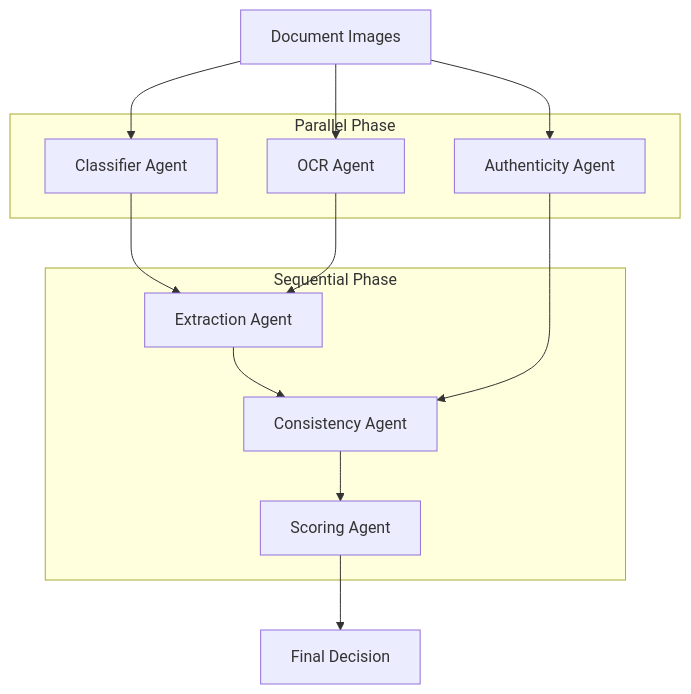
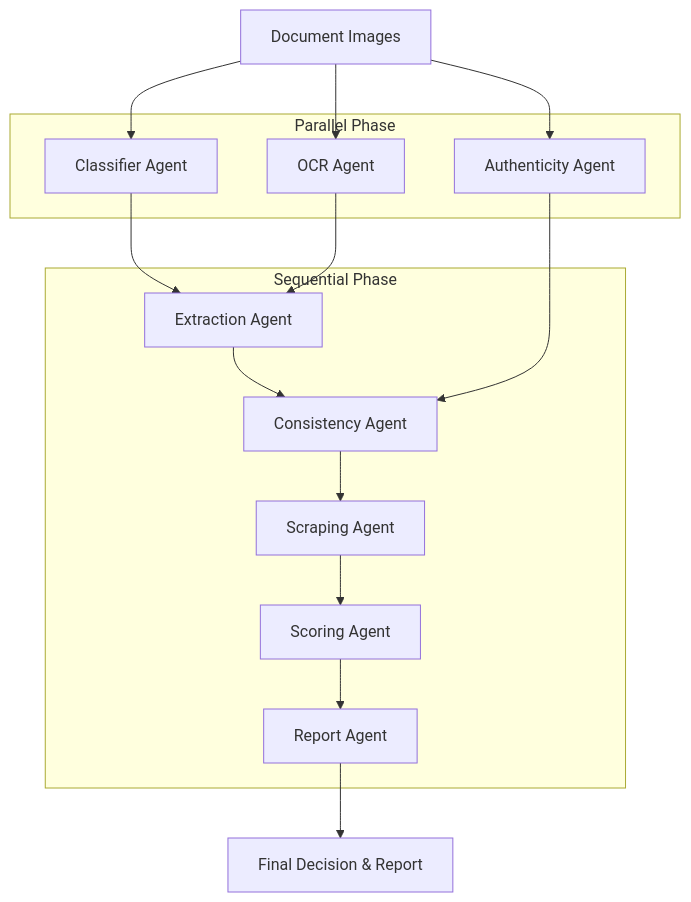
One commit to Corsairs-Bejaia/Meayer-AI changed the first of 2 diagrams in README.md. Above: the diagram before and after it, drawn with Mermaid. The commit also changed other lines of this file and 15 other files, not shown here.

````diff
--- a/README.md
+++ b/README.md
@@ -26,21 +26,25 @@
 ```mermaid
 graph TD
     subgraph Parallel Phase
         A1[Classifier Agent]
         A2[OCR Agent]
         A4[Authenticity Agent]
     end
     
     subgraph Sequential Phase
         A3[Extraction Agent]
         A5[Consistency Agent]
+        A7[Scraping Agent]
         A6[Scoring Agent]
+        A8[Report Agent]
     end
 
     Input[Document Images] --> A1 & A2 & A4
     A1 --> A3
     A2 --> A3
     A3 & A4 --> A5
-    A5 --> A6
-    A6 --> Output[Final Decision]
+    A5 --> A7
+    A7 --> A6
+    A6 --> A8
+    A8 --> Output[Final Decision & Report]
 ```
````
